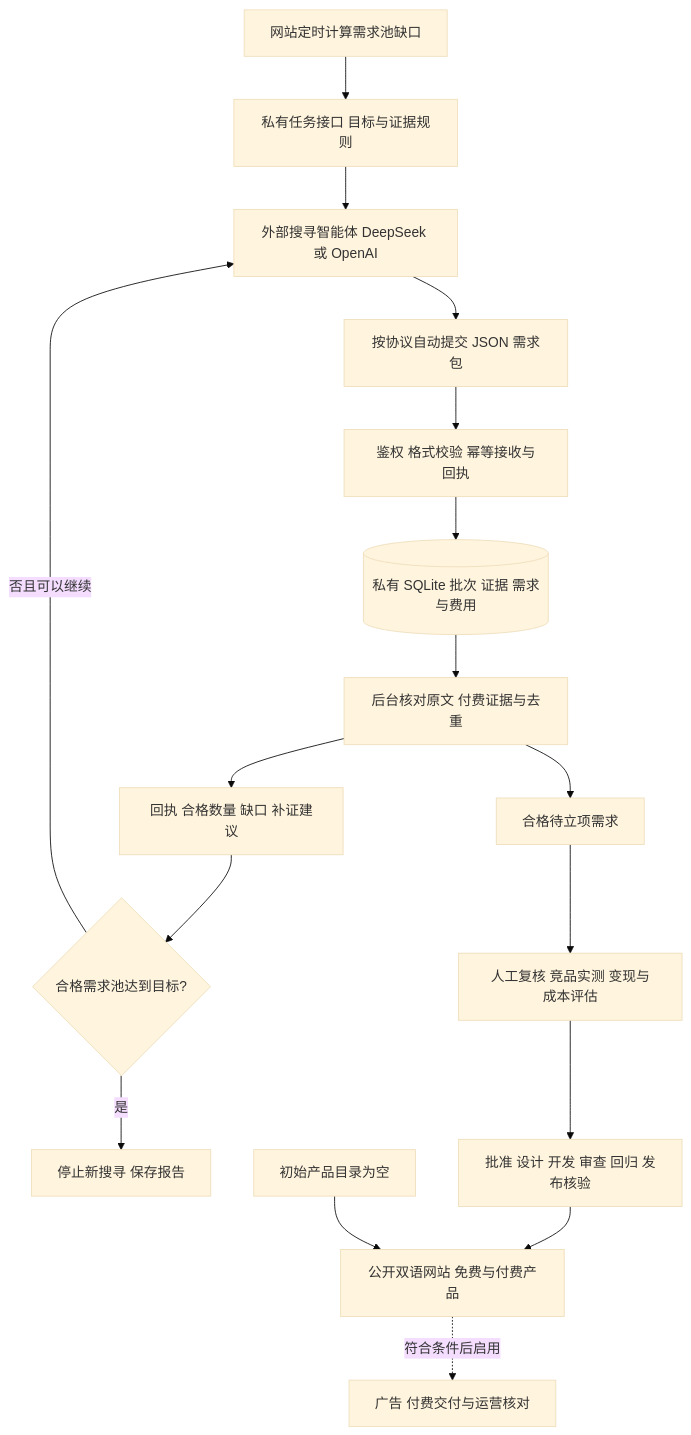
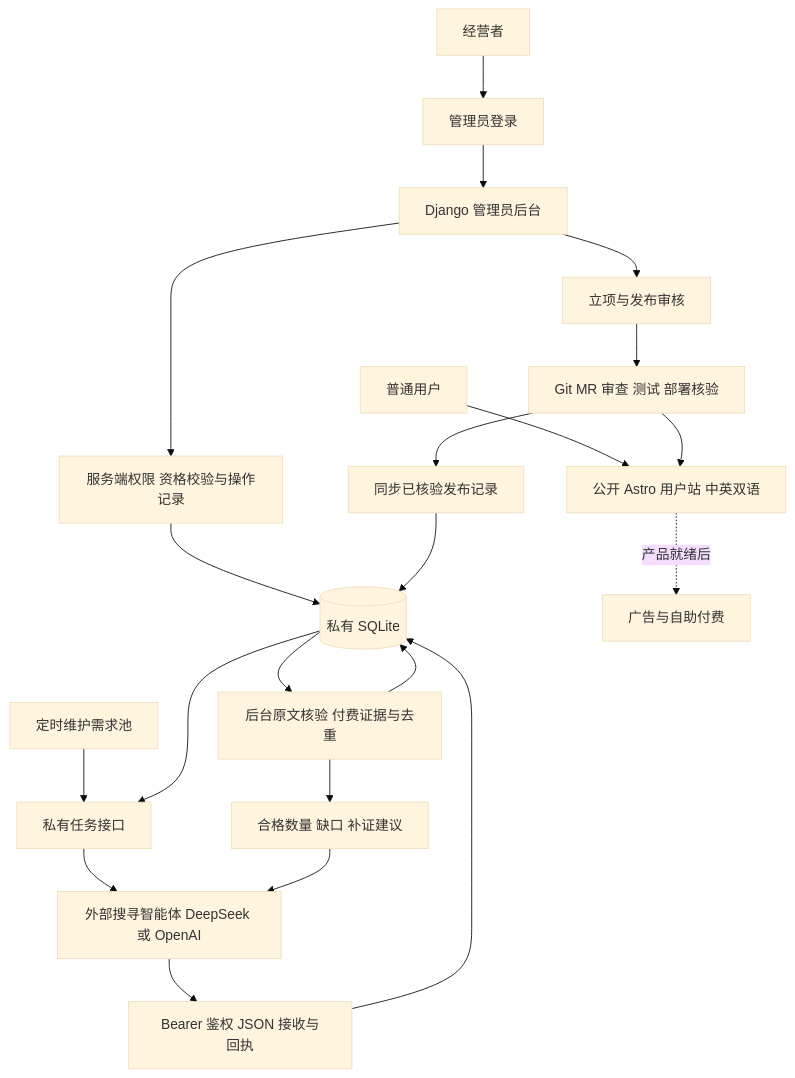
One commit to yyl1212/creative changed the diagram in docs/superpowers/specs/2026-11-08-creative-platform-design.md. Above: the diagram before and after it, drawn with Mermaid (base theme). The commit also changed other lines of this file and 1 other file, not shown here.

````diff
--- a/docs/superpowers/specs/2026-11-08-creative-platform-design.md
+++ b/docs/superpowers/specs/2026-11-08-creative-platform-design.md
@@ -82,19 +132,23 @@
 ```mermaid
 flowchart TB
-    T[网站定时计算需求池缺口] --> TASK[私有任务接口 目标与证据规则]
+    U[普通用户] --> WEB[公开 Astro 用户站 中英双语]
+    OWNER[经营者] --> LOGIN[管理员登录]
+    LOGIN --> ADMIN[Django 管理员后台]
+    ADMIN --> ACTION[服务端权限 资格校验与操作记录]
+    ACTION --> DB[(私有 SQLite)]
+    T[定时维护需求池] --> TASK[私有任务接口]
+    DB --> TASK
     TASK --> AG[外部搜寻智能体 DeepSeek 或 OpenAI]
-    AG --> PKG[按协议自动提交 JSON 需求包]
-    PKG --> API[鉴权 格式校验 幂等接收与回执]
-    API --> DB[(私有 SQLite 批次 证据 需求与费用)]
-    DB --> V[后台核对原文 付费证据与去重]
-    V --> RESULT[回执 合格数量 缺口 补证建议]
-    RESULT --> Q{合格需求池达到目标?}
-    Q -- 否且可以继续 --> AG
-    Q -- 是 --> STOP[停止新搜寻 保存报告]
-    V --> N[合格待立项需求]
-    N --> R[人工复核 竞品实测 变现与成本评估]
-    R --> DEV[批准 设计 开发 审查 回归 发布核验]
-    DEV --> SITE[公开双语网站 免费与付费产品]
-    EMPTY[初始产品目录为空] --> SITE
-    SITE -. 符合条件后启用 .-> OPS[广告 付费交付与运营核对]
+    AG --> INTAKE[Bearer 鉴权 JSON 接收与回执]
+    INTAKE --> DB
+    DB --> VERIFY[后台原文核验 付费证据与去重]
+    VERIFY --> RESULT[合格数量 缺口 补证建议]
+    RESULT --> AG
+    VERIFY --> DB
+    ADMIN --> APPROVE[立项与发布审核]
+    APPROVE --> GIT[Git MR 审查 测试 部署核验]
+    GIT --> WEB
+    GIT --> SYNC[同步已核验发布记录]
+    SYNC --> DB
+    WEB -. 产品就绪后 .-> BUSINESS[广告与自助付费]
 ```
````
